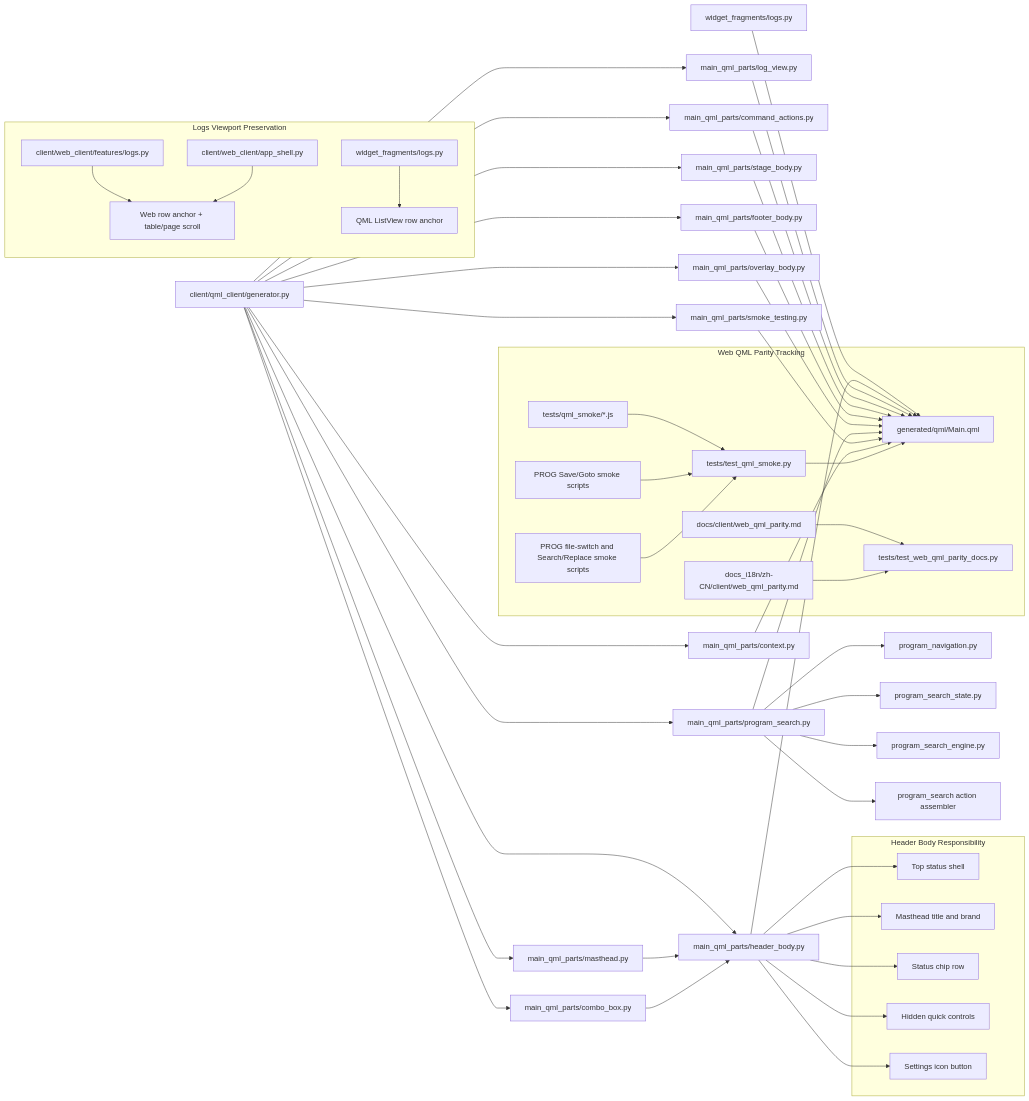
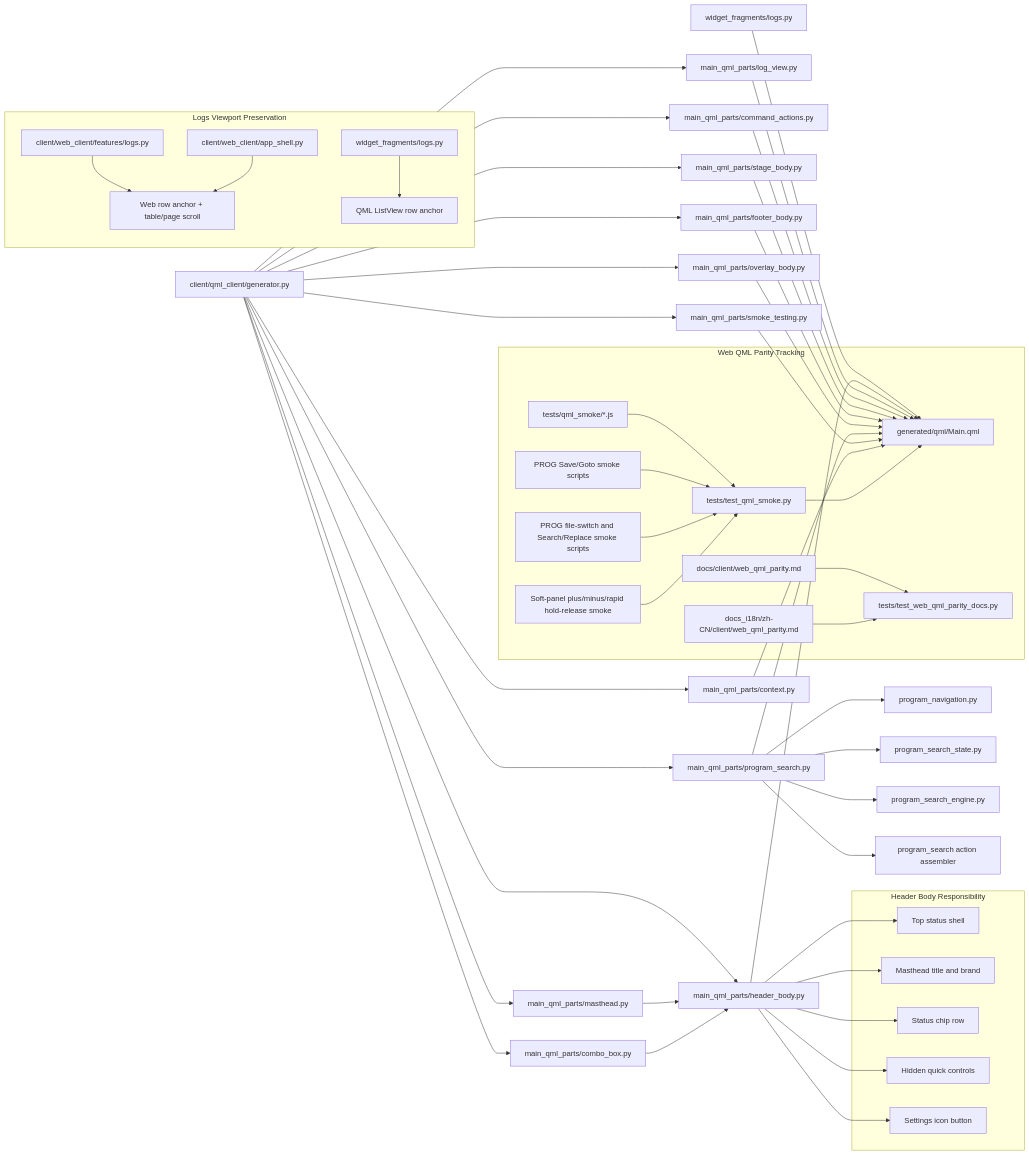
Before and after one commit to luppiterw/metanc_hmi_dsl_reports: the diagram in 2026-05-11-codex-session/architecture-diagram.md, drawn with Mermaid. The commit also changed 4 other files, not shown here.

Commit message:
docs: record expanded QML soft-panel smoke coverage

````diff
--- a/2026-05-11-codex-session/architecture-diagram.md
+++ b/2026-05-11-codex-session/architecture-diagram.md
@@ -3,70 +3,72 @@
 ```mermaid
 flowchart LR
     G[client/qml_client/generator.py]
     G --> H[main_qml_parts/header_body.py]
     G --> S[main_qml_parts/stage_body.py]
     G --> F[main_qml_parts/footer_body.py]
     G --> O[main_qml_parts/overlay_body.py]
     G --> C[main_qml_parts/context.py]
     G --> M[main_qml_parts/masthead.py]
     G --> CB[main_qml_parts/combo_box.py]
     G --> PS[main_qml_parts/program_search.py]
     G --> SM[main_qml_parts/smoke_testing.py]
     G --> LV[main_qml_parts/log_view.py]
     G --> CA[main_qml_parts/command_actions.py]
     WG[widget_fragments/logs.py] --> QML
     PS --> PN[program_navigation.py]
     PS --> PSS[program_search_state.py]
     PS --> PSE[program_search_engine.py]
     PS --> PSA[program_search action assembler]
     H --> QML[generated/qml/Main.qml]
     LV --> QML
     CA --> QML
     S --> QML
     F --> QML
     O --> QML
     PS --> QML
     SM --> QML
     C --> QML
     M --> H
     CB --> H
 
     subgraph Web QML Parity Tracking
         PARDOC[docs/client/web_qml_parity.md]
         PARZH[docs_i18n/zh-CN/client/web_qml_parity.md]
         PARTST[tests/test_web_qml_parity_docs.py]
         QSMOKE[tests/test_qml_smoke.py]
         QSCRIPTS[tests/qml_smoke/*.js]
         QPROG[PROG Save/Goto smoke scripts]
         QPROG2[PROG file-switch and Search/Replace smoke scripts]
+        QJOG[Soft-panel plus/minus/rapid hold-release smoke]
         PARDOC --> PARTST
         PARZH --> PARTST
         QSCRIPTS --> QSMOKE
         QPROG --> QSMOKE
         QPROG2 --> QSMOKE
+        QJOG --> QSMOKE
         QSMOKE --> QML
     end
 
     subgraph Header Body Responsibility
         H1[Top status shell]
         H2[Masthead title and brand]
         H3[Status chip row]
         H4[Hidden quick controls]
         H5[Settings icon button]
     end
 
     H --> H1
     H --> H2
     H --> H3
     H --> H4
     H --> H5
 
     subgraph Logs Viewport Preservation
         WLOG[client/web_client/features/logs.py]
         WSHELL[client/web_client/app_shell.py]
         QLOG[widget_fragments/logs.py]
         WLOG --> WANCHOR[Web row anchor + table/page scroll]
         WSHELL --> WANCHOR
         QLOG --> QANCHOR[QML ListView row anchor]
     end
 ```
````
